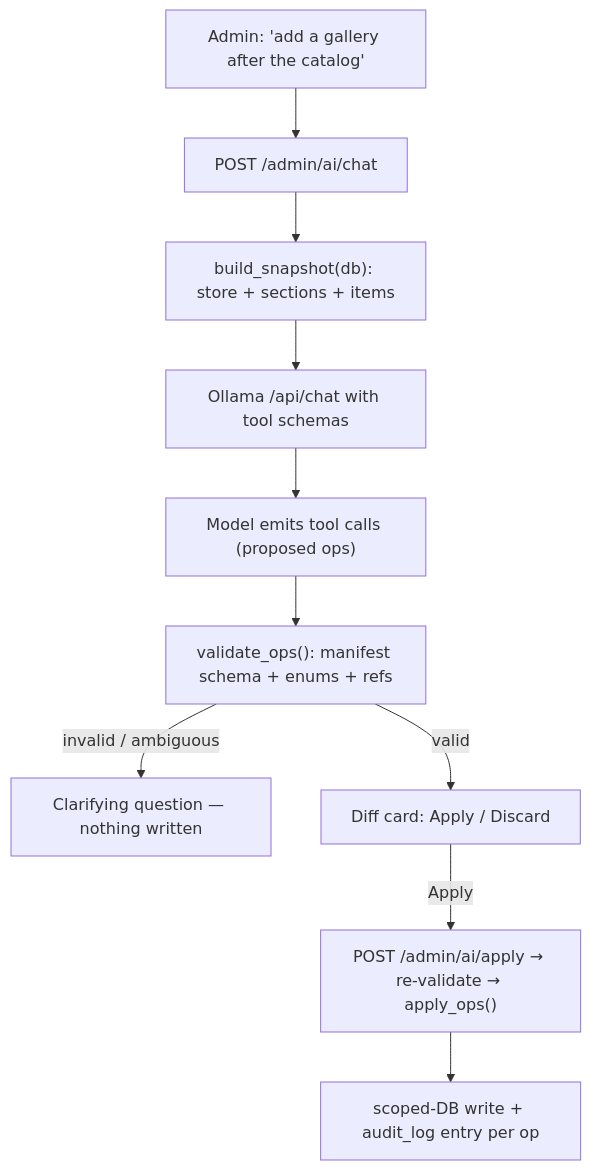
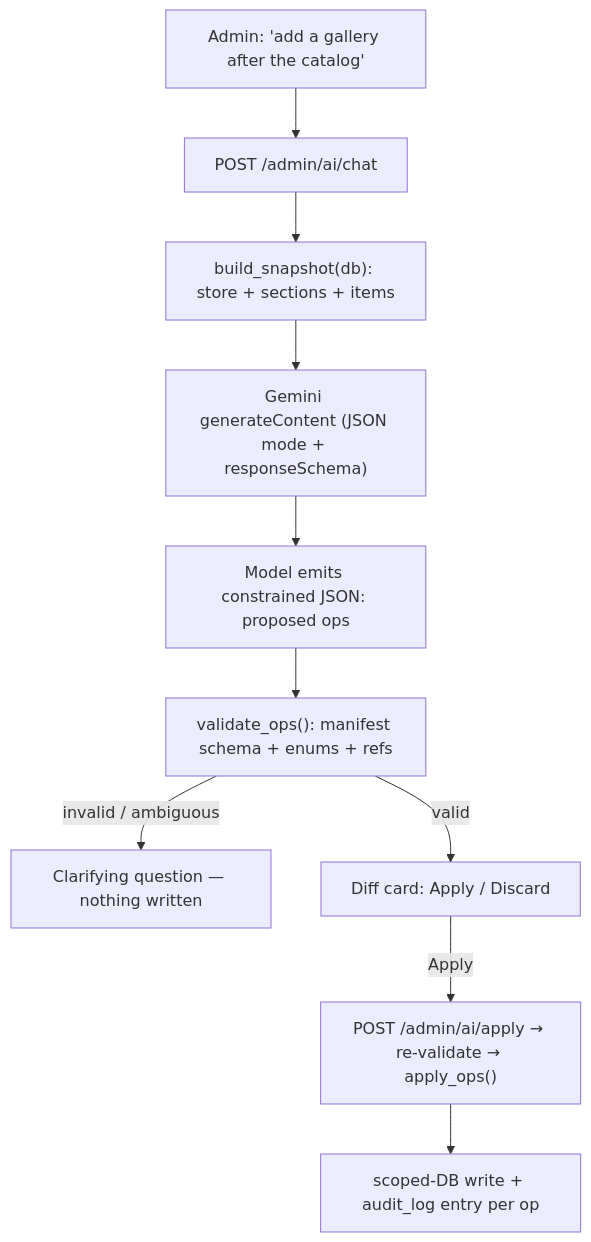
One commit to ranfysvalle02/business-ai changed the second of 2 diagrams in ai-stores/blog.md. Above: the diagram before and after it, drawn with Mermaid. The commit also changed other lines of this file and 9 other files, not shown here.

````diff
--- a/ai-stores/blog.md
+++ b/ai-stores/blog.md
@@ -302,12 +305,12 @@
 ```mermaid
 flowchart TD
   A["Admin: 'add a gallery after the catalog'"] --> C["POST /admin/ai/chat"]
   C --> S["build_snapshot(db): store + sections + items"]
-  S --> O["Ollama /api/chat with tool schemas"]
-  O --> P["Model emits tool calls (proposed ops)"]
+  S --> O["Gemini generateContent (JSON mode + responseSchema)"]
+  O --> P["Model emits constrained JSON: proposed ops"]
   P --> V["validate_ops(): manifest schema + enums + refs"]
   V -->|invalid / ambiguous| Q["Clarifying question — nothing written"]
   V -->|valid| D["Diff card: Apply / Discard"]
   D -->|Apply| AP["POST /admin/ai/apply → re-validate → apply_ops()"]
   AP --> W["scoped-DB write + audit_log entry per op"]
 ```
````
